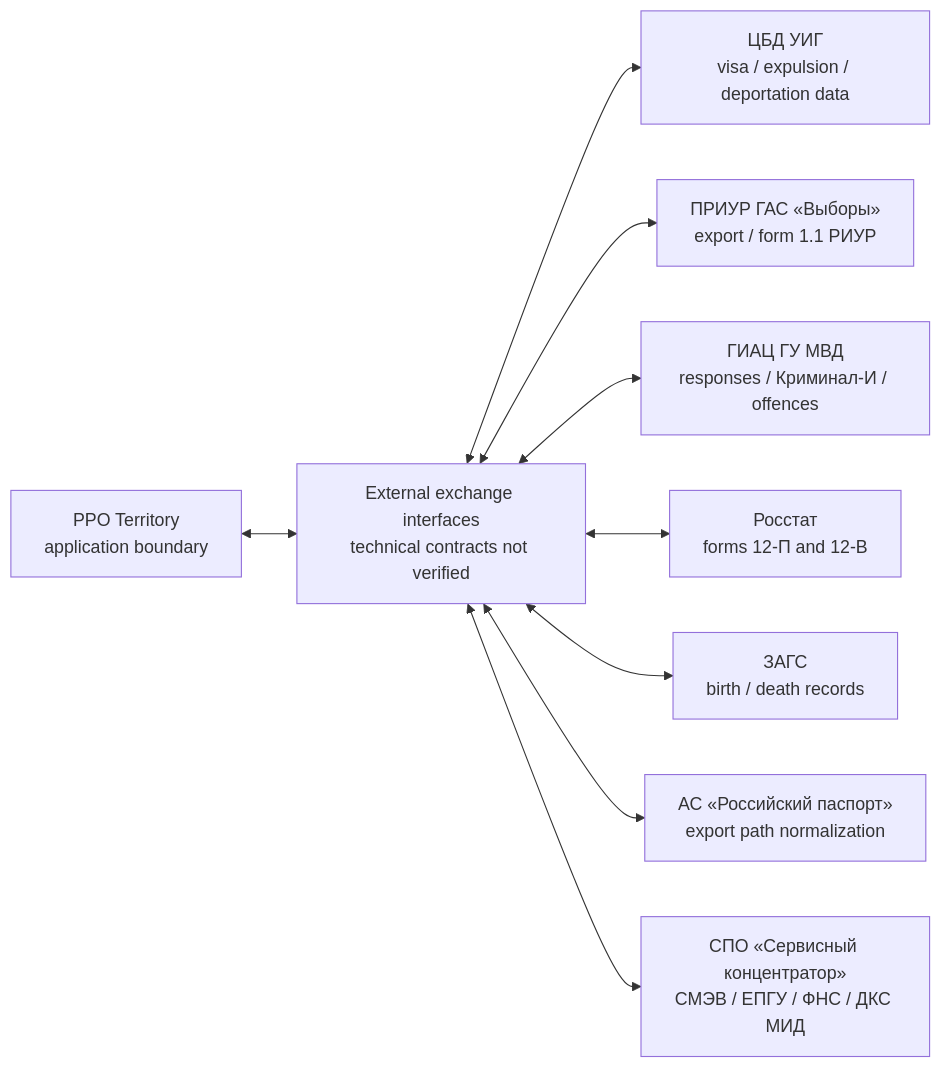
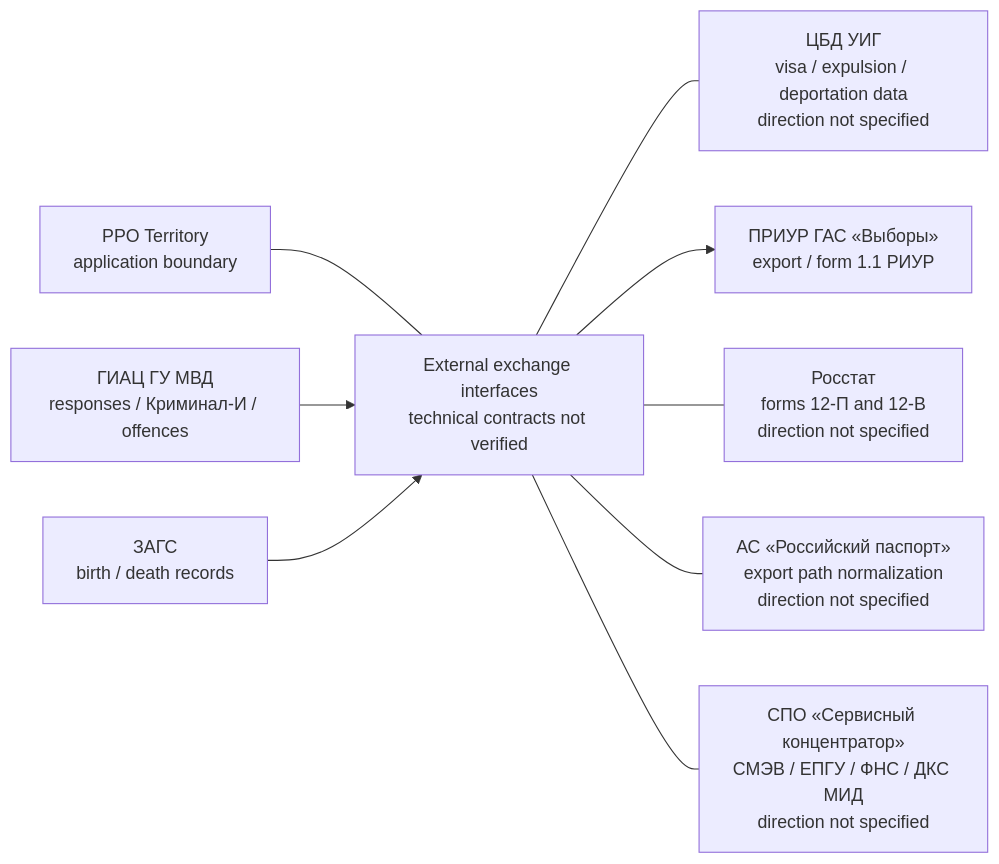
Before and after one commit to ekatmoz88-alt/territory-descriptor-unified: the sixth of 10 diagrams in materials/architecture/README.md, drawn with Mermaid. The commit also changed other lines of this file, not shown here.

Commit message:
Correct evidence and architecture documentation: README.md

````diff
--- a/materials/architecture/README.md
+++ b/materials/architecture/README.md
@@ -170,13 +170,13 @@
 ```mermaid
 flowchart LR
   APP["PPO Territory<br/>application boundary"]
   IF["External exchange interfaces<br/>technical contracts not verified"]
-  APP <--> IF
-  IF <--> UIG["ЦБД УИГ<br/>visa / expulsion / deportation data"]
-  IF <--> VYB["ПРИУР ГАС «Выборы»<br/>export / form 1.1 РИУР"]
-  IF <--> GIAC["ГИАЦ ГУ МВД<br/>responses / Криминал-И / offences"]
-  IF <--> ROS["Росстат<br/>forms 12-П and 12-В"]
-  IF <--> ZAGS["ЗАГС<br/>birth / death records"]
-  IF <--> RP["АС «Российский паспорт»<br/>export path normalization"]
-  IF <--> SK["СПО «Сервисный концентратор»<br/>СМЭВ / ЕПГУ / ФНС / ДКС МИД"]
+  APP --- IF
+  IF --- UIG["ЦБД УИГ<br/>visa / expulsion / deportation data<br/>direction not specified"]
+  IF --> VYB["ПРИУР ГАС «Выборы»<br/>export / form 1.1 РИУР"]
+  GIAC["ГИАЦ ГУ МВД<br/>responses / Криминал-И / offences"] --> IF
+  IF --- ROS["Росстат<br/>forms 12-П and 12-В<br/>direction not specified"]
+  ZAGS["ЗАГС<br/>birth / death records"] --> IF
+  IF --- RP["АС «Российский паспорт»<br/>export path normalization<br/>direction not specified"]
+  IF --- SK["СПО «Сервисный концентратор»<br/>СМЭВ / ЕПГУ / ФНС / ДКС МИД<br/>direction not specified"]
 ```
````
